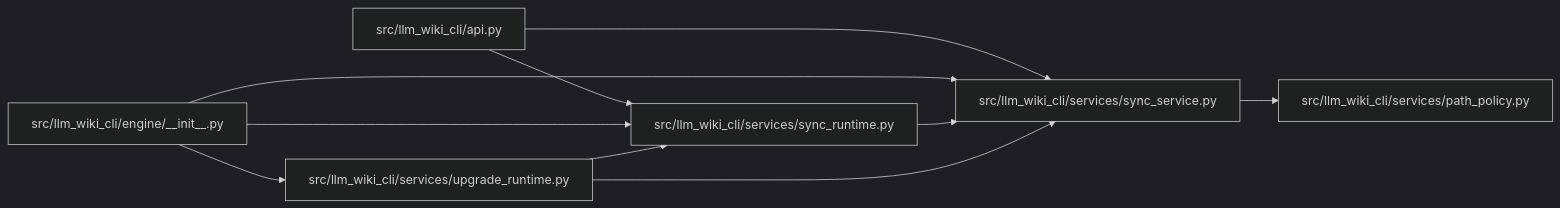
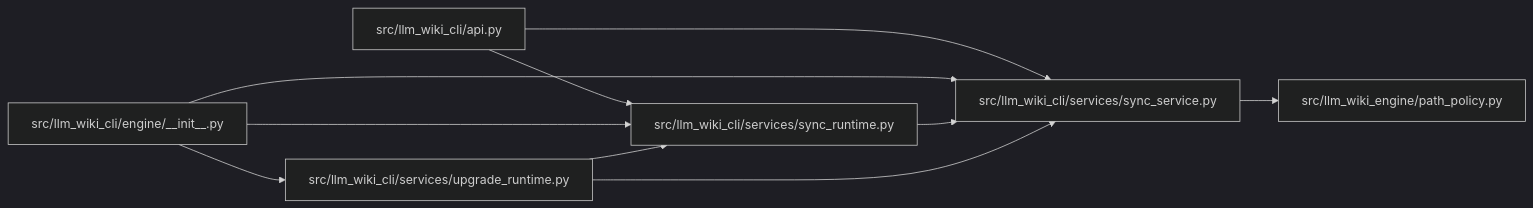
Before and after one commit to Denissvgn/python-wiki-llm: the diagram in docs/llm_wiki/modules/sync_service.md, drawn with Mermaid (dark theme). The commit also changed other lines of this file and 739 other files, not shown here.

First line of the commit message:
docs: refresh the wiki for the second engine batch

````diff
--- a/docs/llm_wiki/modules/sync_service.md
+++ b/docs/llm_wiki/modules/sync_service.md
@@ -26,24 +26,24 @@
 ```mermaid
 flowchart LR
     n0["src/llm_wiki_cli/api.py"]
     n1["src/llm_wiki_cli/engine/__init__.py"]
-    n2["src/llm_wiki_cli/services/path_policy.py"]
-    n3["src/llm_wiki_cli/services/sync_runtime.py"]
-    n4["src/llm_wiki_cli/services/sync_service.py"]
-    n5["src/llm_wiki_cli/services/upgrade_runtime.py"]
+    n2["src/llm_wiki_cli/services/sync_runtime.py"]
+    n3["src/llm_wiki_cli/services/sync_service.py"]
+    n4["src/llm_wiki_cli/services/upgrade_runtime.py"]
+    n5["src/llm_wiki_engine/path_policy.py"]
+    n0 --> n2
     n0 --> n3
-    n0 --> n4
+    n1 --> n2
     n1 --> n3
     n1 --> n4
-    n1 --> n5
-    n3 --> n4
+    n2 --> n3
+    n3 --> n5
     n4 --> n2
-    n5 --> n3
-    n5 --> n4
+    n4 --> n3
     click n0 "../modules/api.md"
     click n1 "../modules/engine___init__.md"
-    click n2 "../modules/path_policy.md"
-    click n3 "../modules/sync_runtime.md"
-    click n4 "../modules/sync_service.md"
-    click n5 "../modules/upgrade_runtime.md"
+    click n2 "../modules/sync_runtime.md"
+    click n3 "../modules/sync_service.md"
+    click n4 "../modules/upgrade_runtime.md"
+    click n5 "../modules/path_policy.md"
 ```
````
